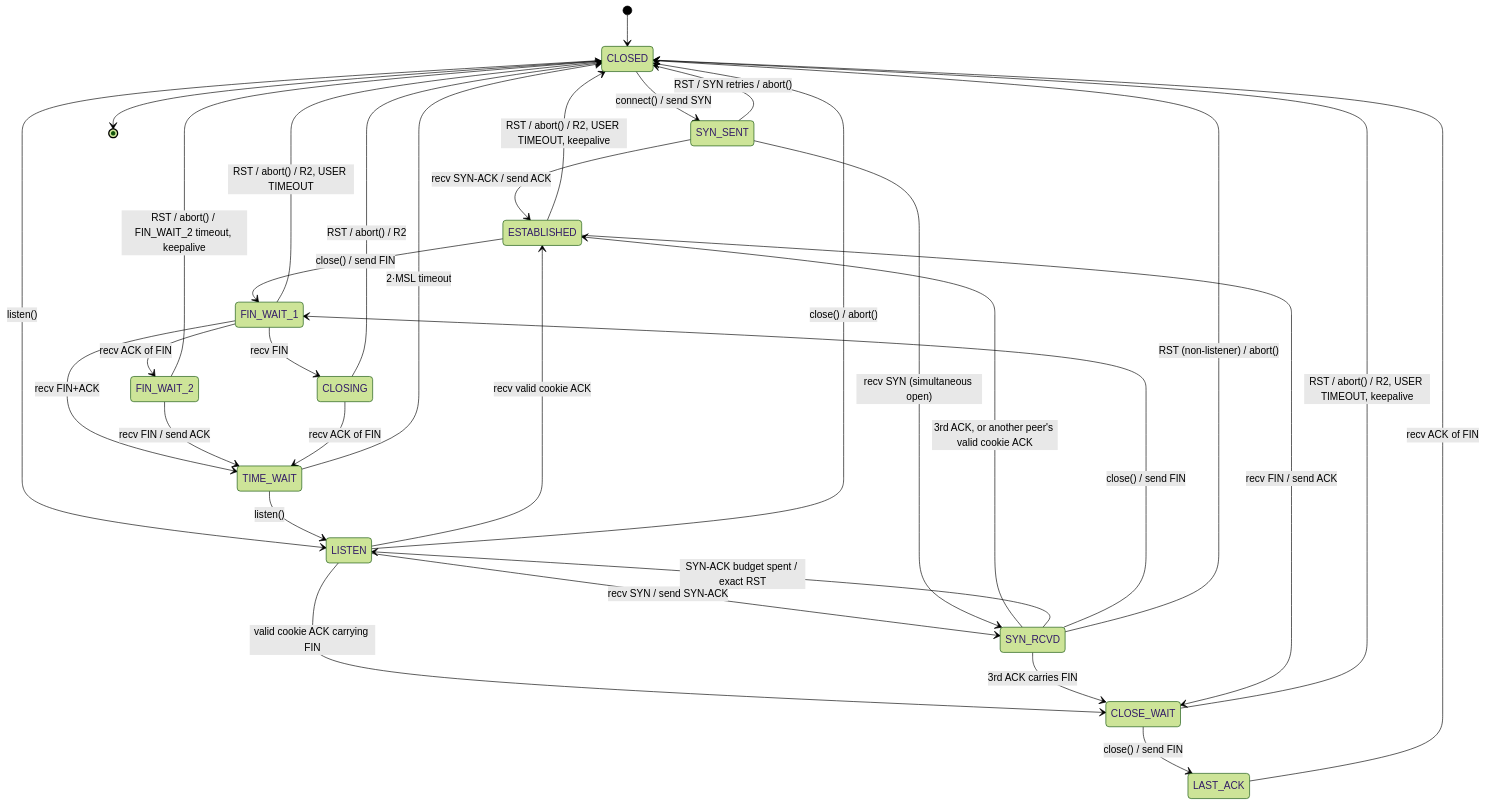
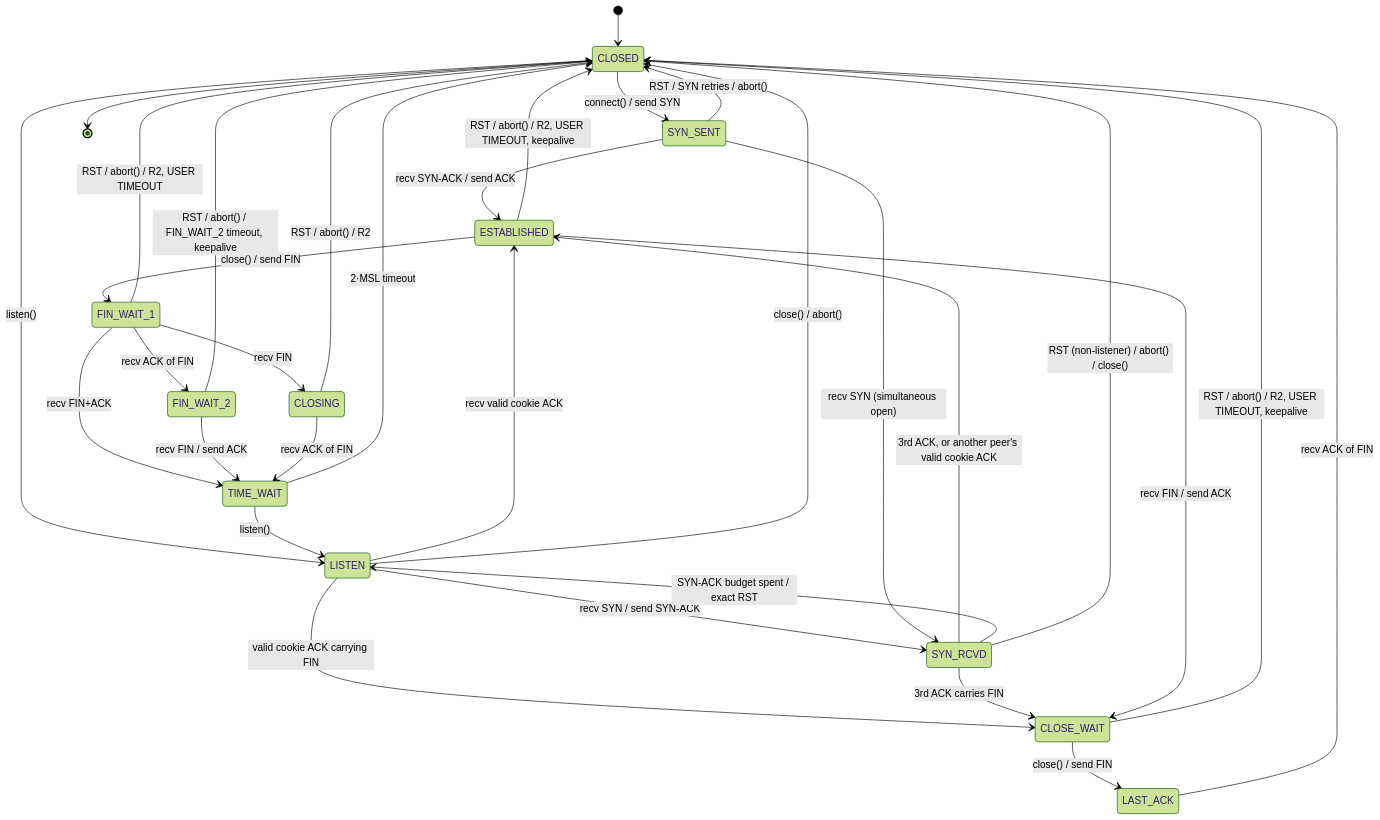
The diagram in docs/state-machine.md (mjsabby/tcp-sans-io), drawn with Mermaid (forest theme) before and after one commit. The commit also changed other lines of this file and 24 other files, not shown here.

````diff
--- a/docs/state-machine.md
+++ b/docs/state-machine.md
@@ -17,47 +17,46 @@
 ```mermaid
 stateDiagram-v2
     direction TB
     [*] --> CLOSED
 
     CLOSED --> SYN_SENT: connect() / send SYN
     CLOSED --> LISTEN: listen()
 
     LISTEN --> SYN_RCVD: recv SYN / send SYN-ACK
     LISTEN --> ESTABLISHED: recv valid cookie ACK
     LISTEN --> CLOSE_WAIT: valid cookie ACK carrying FIN
     LISTEN --> CLOSED: close() / abort()
 
     SYN_SENT --> ESTABLISHED: recv SYN-ACK / send ACK
     SYN_SENT --> SYN_RCVD: recv SYN (simultaneous open)
     SYN_SENT --> CLOSED: RST / SYN retries / abort()
 
     SYN_RCVD --> ESTABLISHED: 3rd ACK, or another peer's valid cookie ACK
     SYN_RCVD --> CLOSE_WAIT: 3rd ACK carries FIN
     SYN_RCVD --> LISTEN: SYN-ACK budget spent / exact RST
-    SYN_RCVD --> FIN_WAIT_1: close() / send FIN
-    SYN_RCVD --> CLOSED: RST (non-listener) / abort()
+    SYN_RCVD --> CLOSED: RST (non-listener) / abort() / close()
 
     ESTABLISHED --> FIN_WAIT_1: close() / send FIN
     ESTABLISHED --> CLOSE_WAIT: recv FIN / send ACK
     ESTABLISHED --> CLOSED: RST / abort() / R2, USER TIMEOUT, keepalive
 
     FIN_WAIT_1 --> FIN_WAIT_2: recv ACK of FIN
     FIN_WAIT_1 --> CLOSING: recv FIN
     FIN_WAIT_1 --> TIME_WAIT: recv FIN+ACK
     FIN_WAIT_1 --> CLOSED: RST / abort() / R2, USER TIMEOUT
 
     FIN_WAIT_2 --> TIME_WAIT: recv FIN / send ACK
     FIN_WAIT_2 --> CLOSED: RST / abort() / FIN_WAIT_2 timeout, keepalive
 
     CLOSING --> TIME_WAIT: recv ACK of FIN
     CLOSING --> CLOSED: RST / abort() / R2
 
     TIME_WAIT --> CLOSED: 2·MSL timeout
     TIME_WAIT --> LISTEN: listen()
 
     CLOSE_WAIT --> LAST_ACK: close() / send FIN
     CLOSE_WAIT --> CLOSED: RST / abort() / R2, USER TIMEOUT, keepalive
 
     LAST_ACK --> CLOSED: recv ACK of FIN
     CLOSED --> [*]
 ```
````
